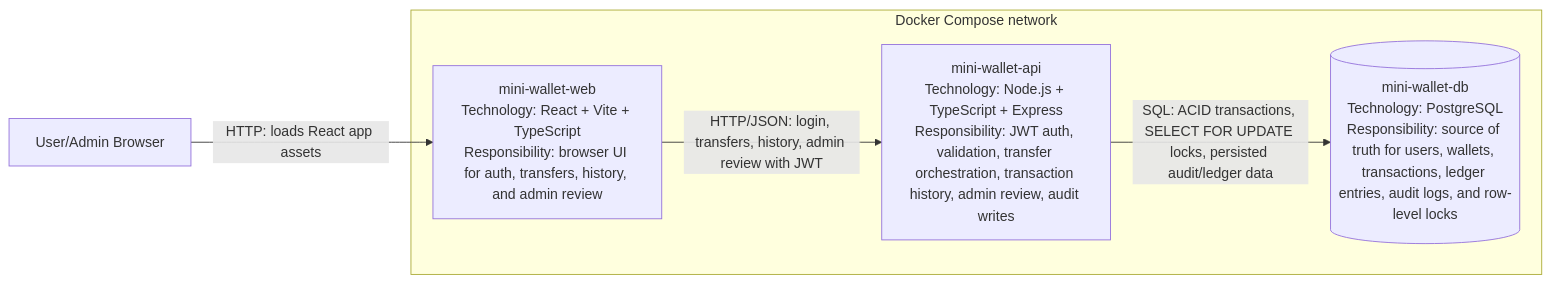
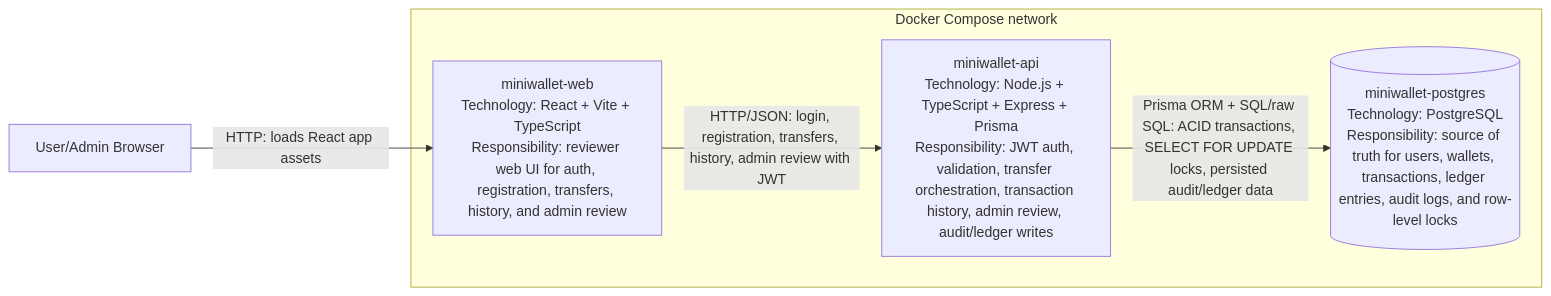
One commit to R4D4M4NTHYS24/miniwallet-wesdom changed the diagram in docs/container-diagram.md. Above: the diagram before and after it, drawn with Mermaid. The commit also changed 2 other files, not shown here.

Commit message:
docs: align architecture diagrams with implementation

````diff
--- a/docs/container-diagram.md
+++ b/docs/container-diagram.md
@@ -3,14 +3,14 @@
 ```mermaid
 flowchart LR
   subgraph compose["Docker Compose network"]
-    web["mini-wallet-web\nTechnology: React + Vite + TypeScript\nResponsibility: browser UI for auth, transfers, history, and admin review"]
-    api["mini-wallet-api\nTechnology: Node.js + TypeScript + Express\nResponsibility: JWT auth, validation, transfer orchestration, transaction history, admin review, audit writes"]
-    db[("mini-wallet-db\nTechnology: PostgreSQL\nResponsibility: source of truth for users, wallets, transactions, ledger entries, audit logs, and row-level locks")]
+    web["miniwallet-web\nTechnology: React + Vite + TypeScript\nResponsibility: reviewer web UI for auth, registration, transfers, history, and admin review"]
+    api["miniwallet-api\nTechnology: Node.js + TypeScript + Express + Prisma\nResponsibility: JWT auth, validation, transfer orchestration, transaction history, admin review, audit/ledger writes"]
+    db[("miniwallet-postgres\nTechnology: PostgreSQL\nResponsibility: source of truth for users, wallets, transactions, ledger entries, audit logs, and row-level locks")]
   end
 
   browser["User/Admin Browser"]
 
   browser -->|HTTP: loads React app assets| web
-  web -->|HTTP/JSON: login, transfers, history, admin review with JWT| api
-  api -->|SQL: ACID transactions, SELECT FOR UPDATE locks, persisted audit/ledger data| db
+  web -->|HTTP/JSON: login, registration, transfers, history, admin review with JWT| api
+  api -->|Prisma ORM + SQL/raw SQL: ACID transactions, SELECT FOR UPDATE locks, persisted audit/ledger data| db
 ```
````
